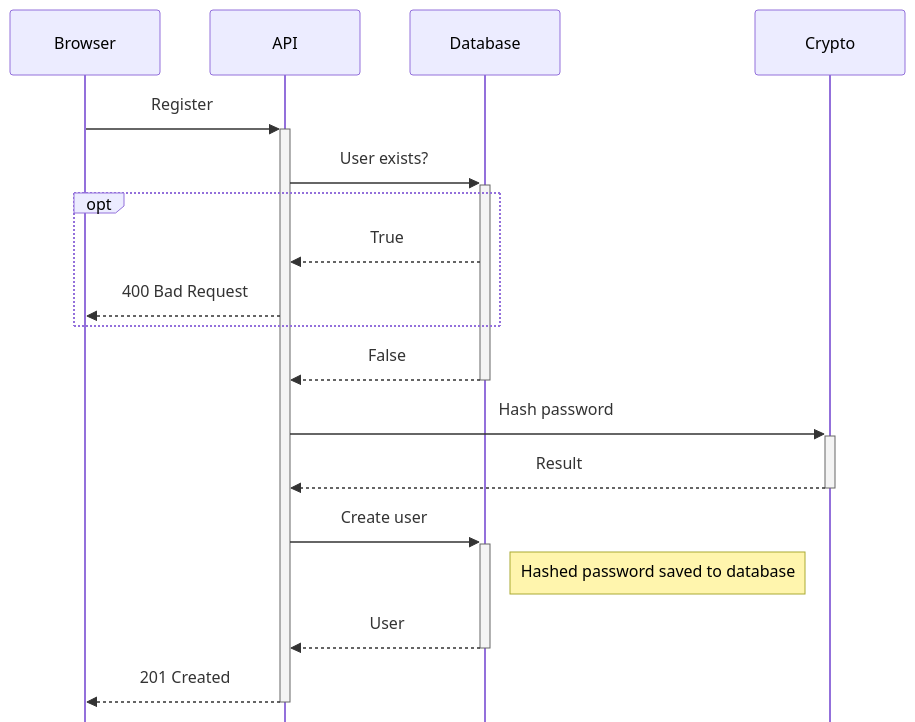
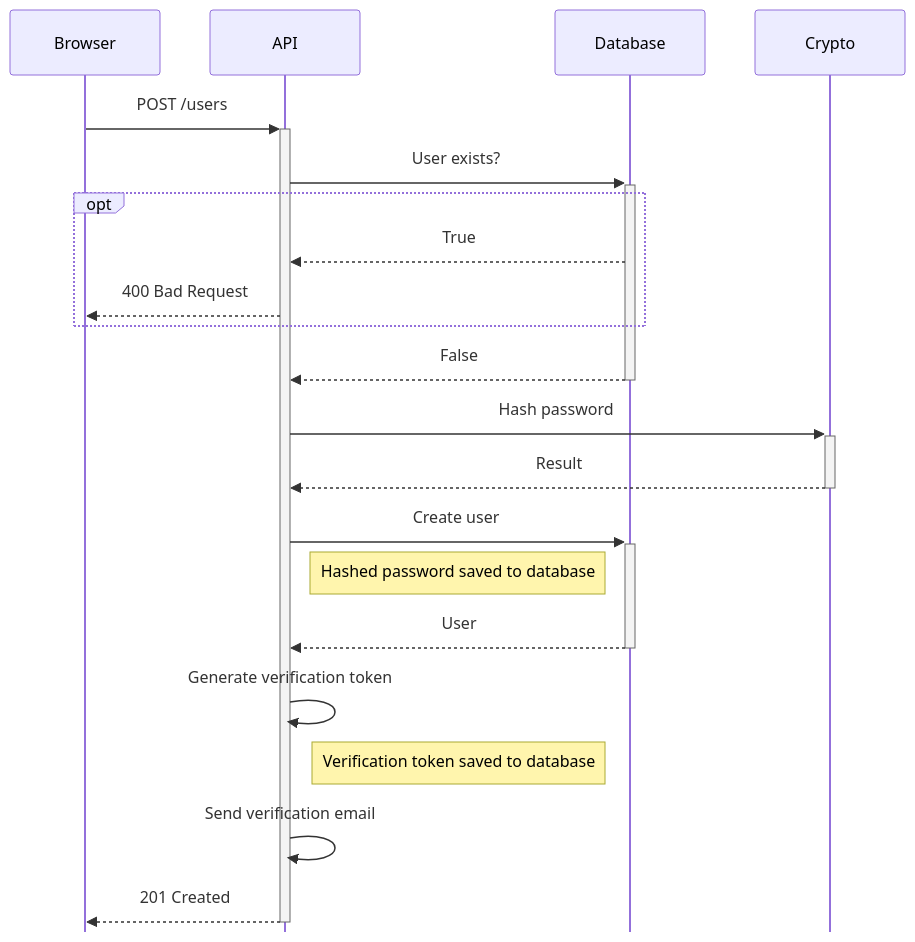
One commit to Code-Cookbook/code-cookbook.github.io changed the third of 6 diagrams in recipes/users-auth/username-password.mdx. Above: the diagram before and after it, drawn with Mermaid. The commit also changed other lines of this file and 5 other files, not shown here.

Commit message:
Updated recipes to follow JSON:API spec and added email verification

````diff
--- a/recipes/users-auth/username-password.mdx
+++ b/recipes/users-auth/username-password.mdx
@@ -77,18 +110,22 @@
 ```mermaid
 %%{init: { "sequence": { "mirrorActors":false }}}%%
 sequenceDiagram
-    Browser->>+API: Register
+    Browser->>+API: POST /users
     API->>+Database: User exists?
     opt
       Database-->>API: True
       API-->>Browser: 400 Bad Request
     end
     Database-->>-API: False
     API->>+Crypto: Hash password
     Crypto-->>-API: Result
 
     API->>+Database: Create user
-    Note right of Database: Hashed password saved to database
+    Note left of Database: Hashed password saved to database
     Database-->>-API: User
+
+    API->>API: Generate verification token
+    Note left of Database: Verification token saved to database
+    API->>API: Send verification email
     API-->>-Browser: 201 Created
 ```
````
